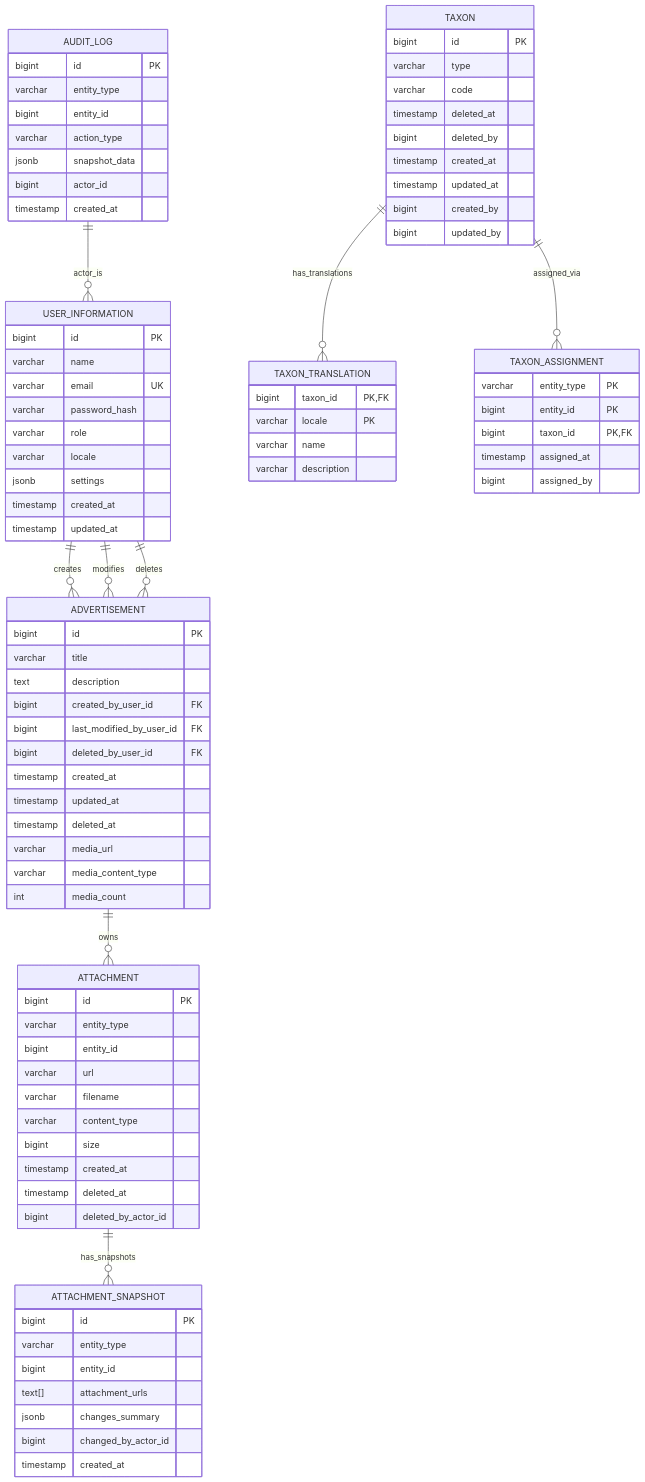
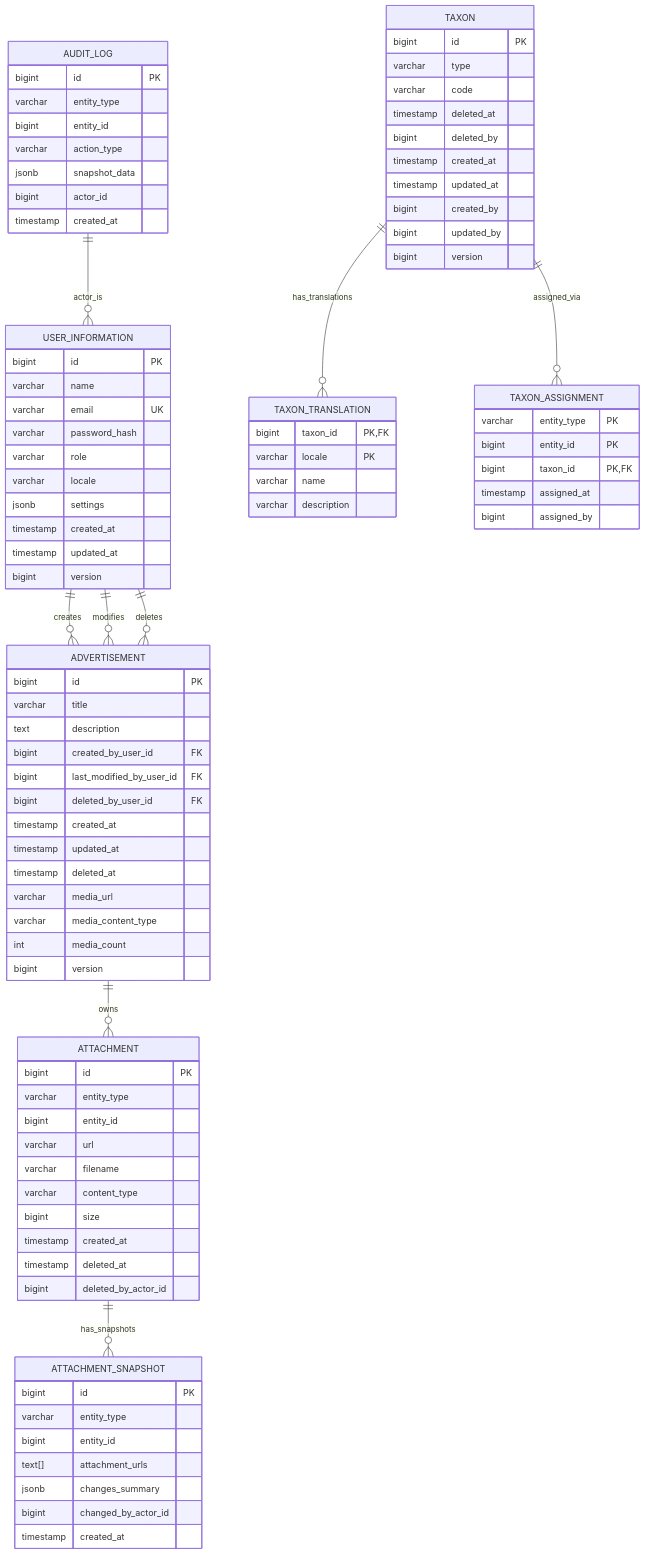
One commit to OstMutant/Advertisement changed the diagram in docs/architecture/04-database-erd.md. Above: the diagram before and after it, drawn with Mermaid. The commit also changed other lines of this file and 1 other file, not shown here.

Commit message:
docs(architecture): sync ERD and sequence diagrams with improvement-015/007 changes
04-database-erd.md: add the version BIGINT column (optimistic locking, ADR-029)
to advertisement, user_information, and taxon table schemas — was missing from
both the mermaid diagram and the column tables.

05-sequence-diagrams.md: document the batch-resolution pattern used by
TaxonPort.findByIds() / AdvertisementService.enrichWithCategories() to avoid
N+1 when rendering advertisement lists with categories (improvement-007);
also fixes a pre-existing truncated sentence in the Delegation Pattern note.

```diff
--- a/docs/architecture/04-database-erd.md
+++ b/docs/architecture/04-database-erd.md
@@ -18,6 +18,7 @@
         jsonb settings
         timestamp created_at
         timestamp updated_at
+        bigint version
     }
     
     ADVERTISEMENT {
@@ -33,6 +34,7 @@
         varchar media_url
         varchar media_content_type
         int media_count
+        bigint version
     }
     
     ATTACHMENT {
@@ -78,6 +80,7 @@
         timestamp updated_at
         bigint created_by
         bigint updated_by
+        bigint version
     }
 
     TAXON_TRANSLATION {
```
